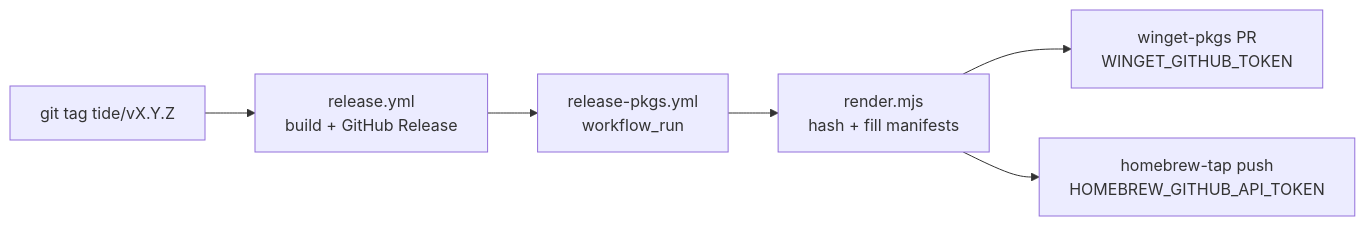
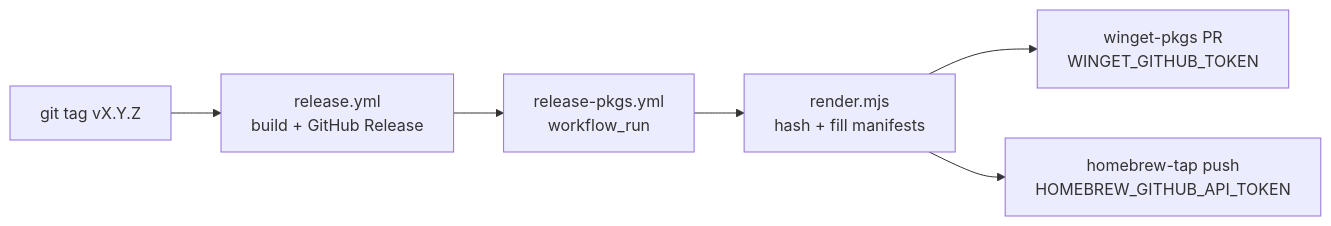
The diagram in packaging/README.md (code-with-current/tide), drawn with Mermaid before and after one commit. The commit also changed other lines of this file and 10 other files, not shown here.

First line of the commit message:
feat!: simplify release — v* tags, GitHub Releases as update host

````diff
--- a/packaging/README.md
+++ b/packaging/README.md
@@ -69,8 +69,8 @@
 ```mermaid
 flowchart LR
-  Tag["git tag tide/vX.Y.Z"] --> Rel["release.yml<br/>build + GitHub Release"]
+  Tag["git tag vX.Y.Z"] --> Rel["release.yml<br/>build + GitHub Release"]
   Rel --> Run["release-pkgs.yml<br/>workflow_run"]
   Run --> Rnd["render.mjs<br/>hash + fill manifests"]
   Rnd --> W["winget-pkgs PR<br/>WINGET_GITHUB_TOKEN"]
   Rnd --> B["homebrew-tap push<br/>HOMEBREW_GITHUB_API_TOKEN"]
 ```
````
